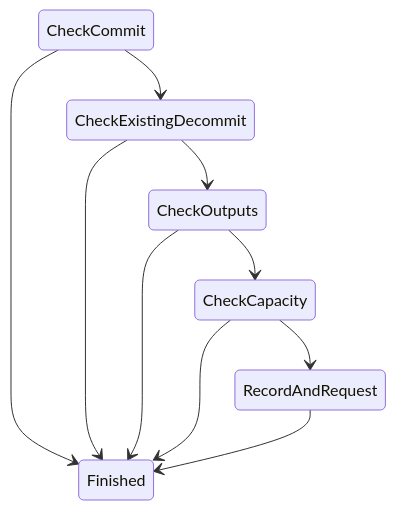
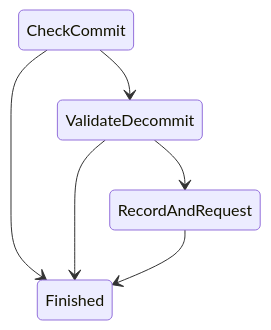
Before and after one commit to cardano-scaling/hydra: the fifth of 17 diagrams in docs/docs/dev/architecture/head-logic-machines.md, drawn with Mermaid. The commit also changed other lines of this file, not shown here.

Commit message:
Regenerate diagrams with named lifecycle operations

````diff
--- a/docs/docs/dev/architecture/head-logic-machines.md
+++ b/docs/docs/dev/architecture/head-logic-machines.md
@@ -156,19 +156,13 @@
 ```mermaid
 stateDiagram-v2
 state "CheckCommit" as s0
-state "CheckExistingDecommit" as s1
-state "CheckOutputs" as s2
-state "CheckCapacity" as s3
-state "RecordAndRequest" as s4
-state "Finished" as s5
+state "ValidateDecommit" as s1
+state "RecordAndRequest" as s2
+state "Finished" as s3
 s0 --> s1
-s0 --> s5
+s0 --> s3
 s1 --> s2
-s1 --> s5
+s1 --> s3
 s2 --> s3
-s2 --> s5
-s3 --> s4
-s3 --> s5
-s4 --> s5
 
 ```
````
